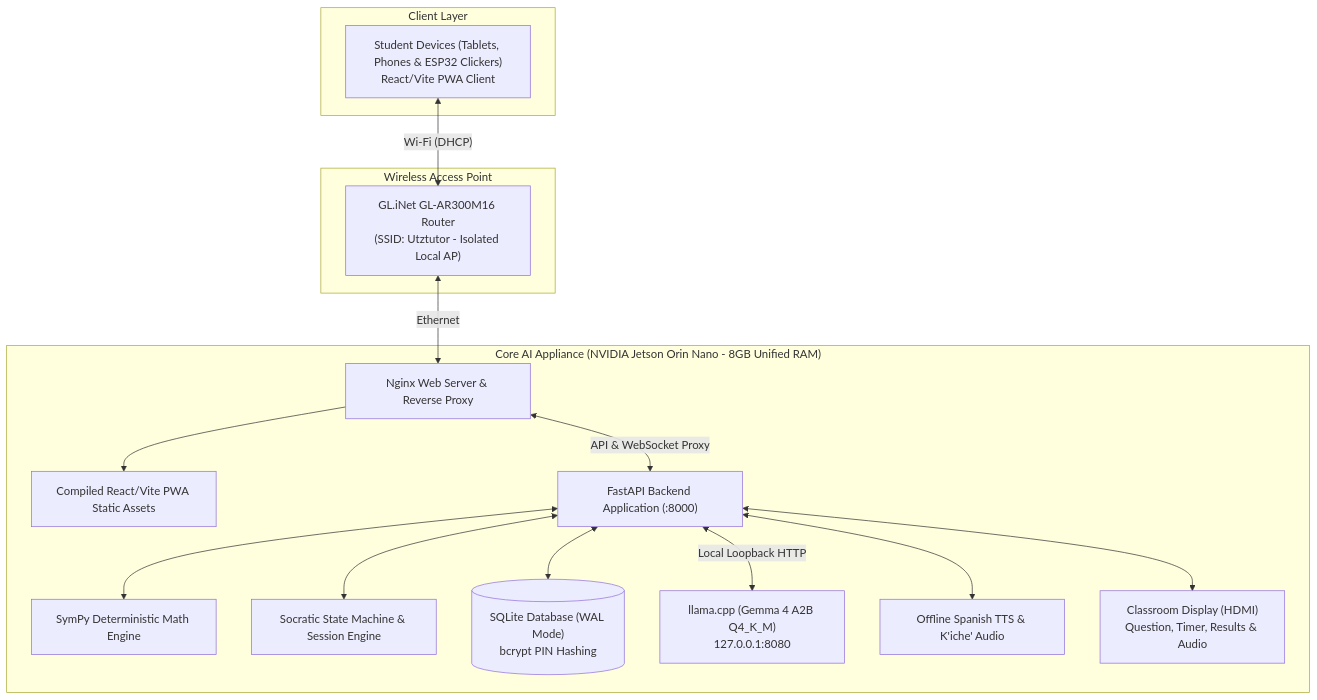
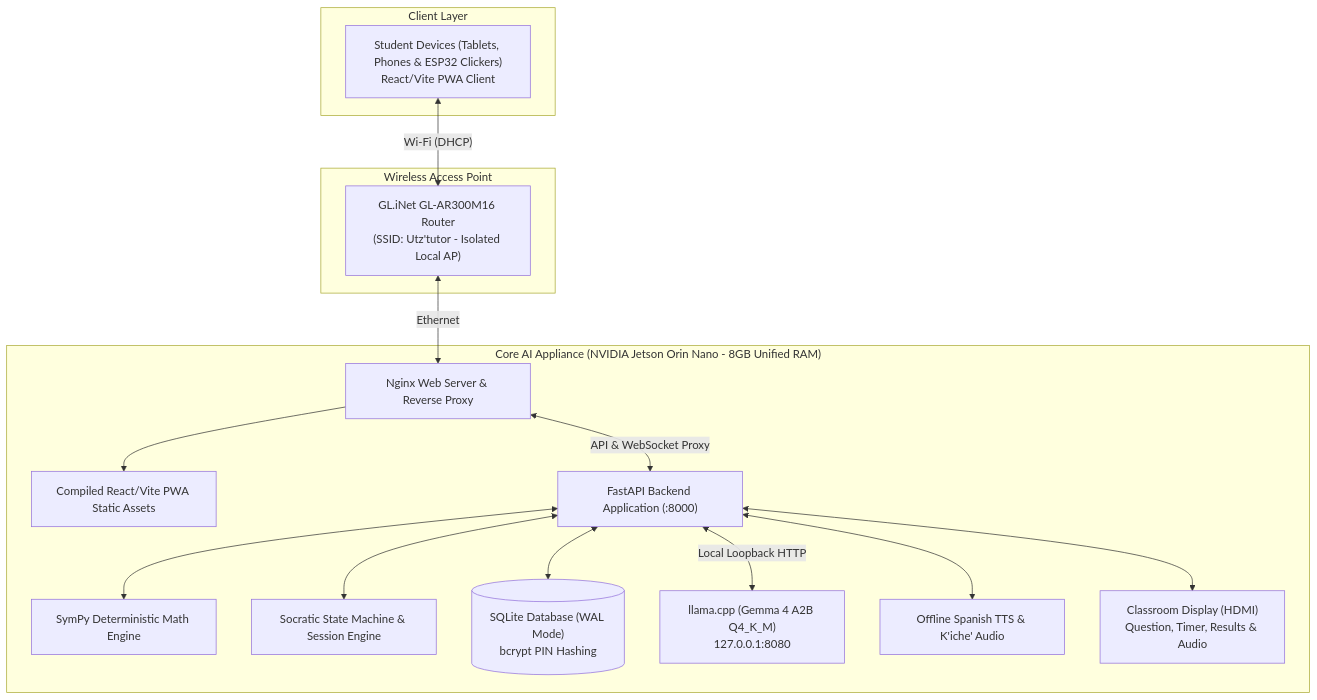
Before and after one commit to GabGP/TutorBox: the diagram in docs/architecture/hardware-topology.md, drawn with Mermaid. The commit also changed other lines of this file and 14 other files, not shown here.

Commit message:
refactor: name the classroom Wi-Fi Utz'tutor

````diff
--- a/docs/architecture/hardware-topology.md
+++ b/docs/architecture/hardware-topology.md
@@ -20,34 +20,34 @@
 ```mermaid
 graph TD
     subgraph AP ["Wireless Access Point"]
-        Router["GL.iNet GL-AR300M16 Router<br/>(SSID: Utztutor - Isolated Local AP)"]
+        Router["GL.iNet GL-AR300M16 Router<br/>(SSID: Utz'tutor - Isolated Local AP)"]
     end
 
     subgraph Clients ["Client Layer"]
         Devices["Student Devices (Tablets, Phones & ESP32 Clickers)<br/>React/Vite PWA Client"]
     end
 
     subgraph Core ["Core AI Appliance (NVIDIA Jetson Orin Nano - 8GB Unified RAM)"]
         Nginx["Nginx Web Server & Reverse Proxy"]
         PWA["Compiled React/Vite PWA Static Assets"]
         FastAPI["FastAPI Backend Application (:8000)"]
         SymPy["SymPy Deterministic Math Engine"]
         Pedagogy["Socratic State Machine & Session Engine"]
         SQLite[("SQLite Database (WAL Mode)<br/>bcrypt PIN Hashing")]
         LLM["llama.cpp (Gemma 4 A2B Q4_K_M)<br/>127.0.0.1:8080"]
         TTS["Offline Spanish TTS & K'iche' Audio"]
         HDMI["Classroom Display (HDMI)<br/>Question, Timer, Results & Audio"]
     end
 
     Devices <-->|"Wi-Fi (DHCP)"| Router
     Router <-->|"Ethernet"| Nginx
     Nginx --> PWA
     Nginx <-->|"API & WebSocket Proxy"| FastAPI
 
     FastAPI <--> SymPy
     FastAPI <--> Pedagogy
     FastAPI <--> SQLite
     FastAPI <-->|"Local Loopback HTTP"| LLM
     FastAPI <--> TTS
     FastAPI <--> HDMI
 ```
````
